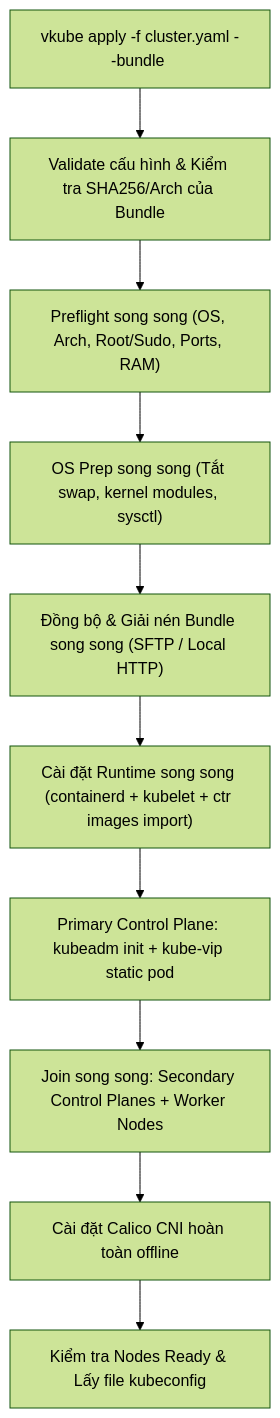
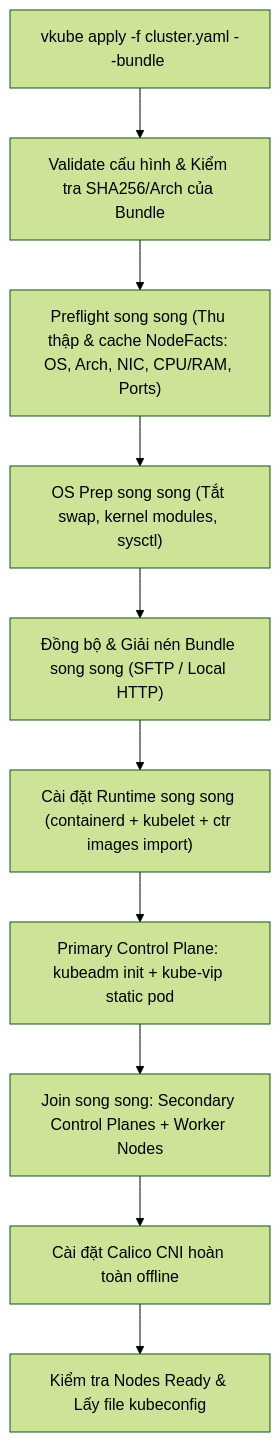
The second of 2 diagrams in docs/ARCHITECTURE.md (thaivu98/vkube), drawn with Mermaid (forest theme) before and after one commit. The commit also changed 16 other files, not shown here.

Commit message:
feat(cli): add Cobra CLI skeleton, NodeFacts model, and sample configs

````diff
--- a/docs/ARCHITECTURE.md
+++ b/docs/ARCHITECTURE.md
@@ -61,12 +61,12 @@
 ```mermaid
 flowchart TD
     A["vkube apply -f cluster.yaml --bundle <file.tar.zst>"] --> B["Validate cấu hình & Kiểm tra SHA256/Arch của Bundle"]
-    B --> C["Preflight song song (OS, Arch, Root/Sudo, Ports, RAM)"]
+    B --> C["Preflight song song (Thu thập & cache NodeFacts: OS, Arch, NIC, CPU/RAM, Ports)"]
     C --> D["OS Prep song song (Tắt swap, kernel modules, sysctl)"]
     D --> E["Đồng bộ & Giải nén Bundle song song (SFTP / Local HTTP)"]
     E --> F["Cài đặt Runtime song song (containerd + kubelet + ctr images import)"]
     F --> G["Primary Control Plane: kubeadm init + kube-vip static pod"]
     G --> H["Join song song: Secondary Control Planes + Worker Nodes"]
     H --> I["Cài đặt Calico CNI hoàn toàn offline"]
     I --> J["Kiểm tra Nodes Ready & Lấy file kubeconfig"]
 ```
````
